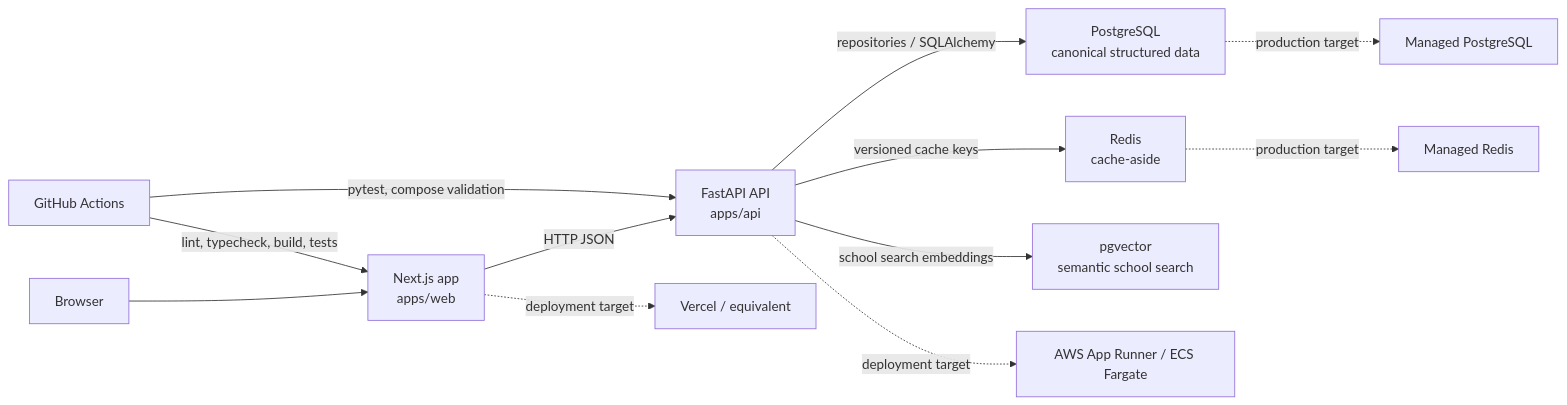
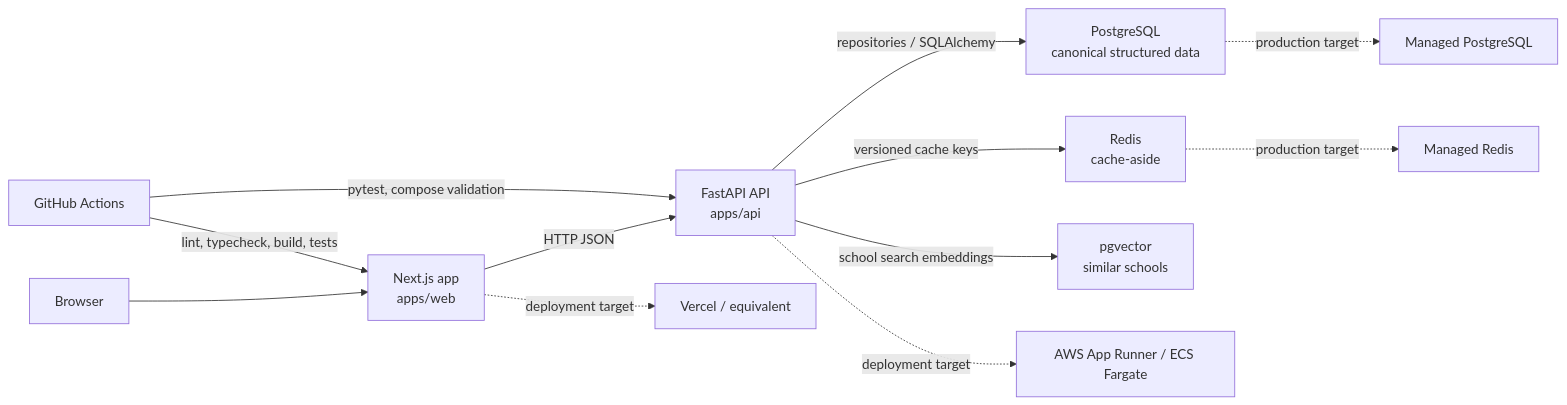
The diagram in docs/architecture.md (codysj/College-Explorer), drawn with Mermaid before and after one commit. The commit also changed other lines of this file and 17 other files, not shown here.

First line of the commit message:
Retrieve semantic search with Postgres full-text (ranking v1.3)

````diff
--- a/docs/architecture.md
+++ b/docs/architecture.md
@@ -19,26 +19,26 @@
 ```mermaid
 flowchart LR
     browser["Browser"]
     next["Next.js app<br/>apps/web"]
     fastapi["FastAPI API<br/>apps/api"]
     postgres["PostgreSQL<br/>canonical structured data"]
     redis["Redis<br/>cache-aside"]
-    pgvector["pgvector<br/>semantic school search"]
+    pgvector["pgvector<br/>similar schools"]
     actions["GitHub Actions"]
     frontendHost["Vercel / equivalent"]
     apiHost["AWS App Runner / ECS Fargate"]
     managedPostgres["Managed PostgreSQL"]
     managedRedis["Managed Redis"]
 
     browser --> next
     next -->|"HTTP JSON"| fastapi
     fastapi -->|"repositories / SQLAlchemy"| postgres
     fastapi -->|"versioned cache keys"| redis
     fastapi -->|"school search embeddings"| pgvector
     actions -->|"lint, typecheck, build, tests"| next
     actions -->|"pytest, compose validation"| fastapi
     next -. "deployment target" .-> frontendHost
     fastapi -. "deployment target" .-> apiHost
     postgres -. "production target" .-> managedPostgres
     redis -. "production target" .-> managedRedis
 ```
````
